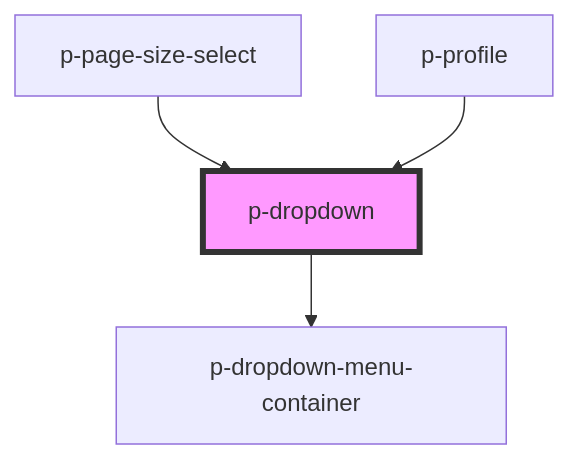
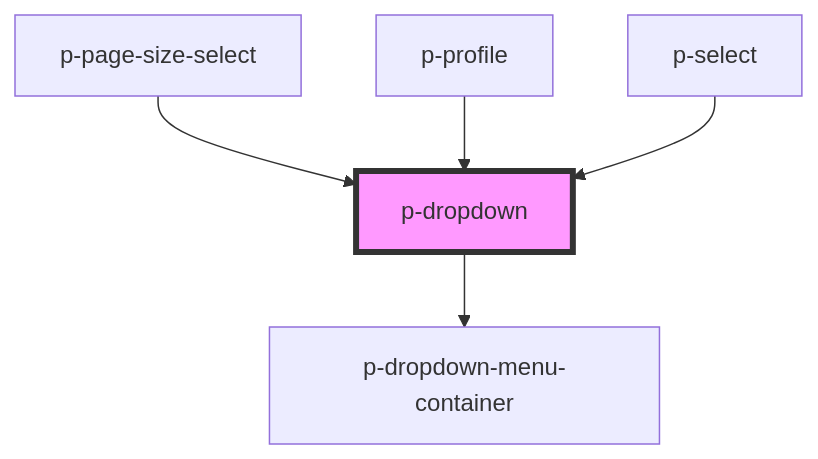
The diagram in packages/core/src/components/molecules/dropdown/readme.md (Employes/paperless), drawn with Mermaid before and after one commit. The commit also changed other lines of this file and 2 other files, not shown here.

Commit message:
feat(Molecules/Dropdown): Auto calculate container width & improve show/hide

````diff
--- a/packages/core/src/components/molecules/dropdown/readme.md
+++ b/packages/core/src/components/molecules/dropdown/readme.md
@@ -51,7 +53,8 @@
 ```mermaid
 graph TD;
   p-dropdown --> p-dropdown-menu-container
   p-page-size-select --> p-dropdown
   p-profile --> p-dropdown
+  p-select --> p-dropdown
   style p-dropdown fill:#f9f,stroke:#333,stroke-width:4px
 ```
````
